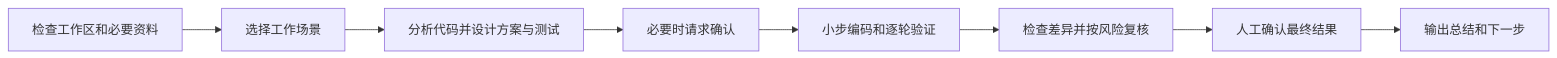
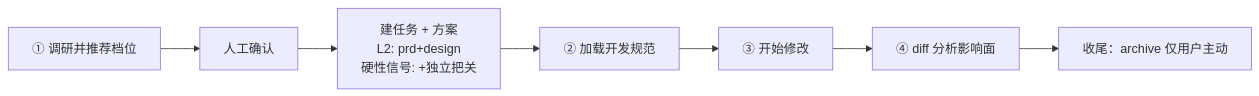
Before and after one commit to jiargcn/winin-dev-sop: the diagram in README.md, drawn with Mermaid. The commit also changed other lines of this file and 28 other files, not shown here.

````diff
--- a/README.md
+++ b/README.md
@@ -81,10 +60,4 @@
 ```mermaid
 flowchart LR
-    A["检查工作区和必要资料"] --> B["选择工作场景"]
-    B --> C["分析代码并设计方案与测试"]
-    C --> D["必要时请求确认"]
-    D --> E["小步编码和逐轮验证"]
-    E --> F["检查差异并按风险复核"]
-    F --> G["人工确认最终结果"]
-    G --> H["输出总结和下一步"]
+    A["① 调研并推荐档位"] --> B["人工确认"] --> C["建任务 + 方案<br/>L2: prd+design<br/>硬性信号: +独立把关"] --> D["② 加载开发规范"] --> E["③ 开始修改"] --> F["④ diff 分析影响面"] --> G["收尾：archive 仅用户主动"]
 ```
````
